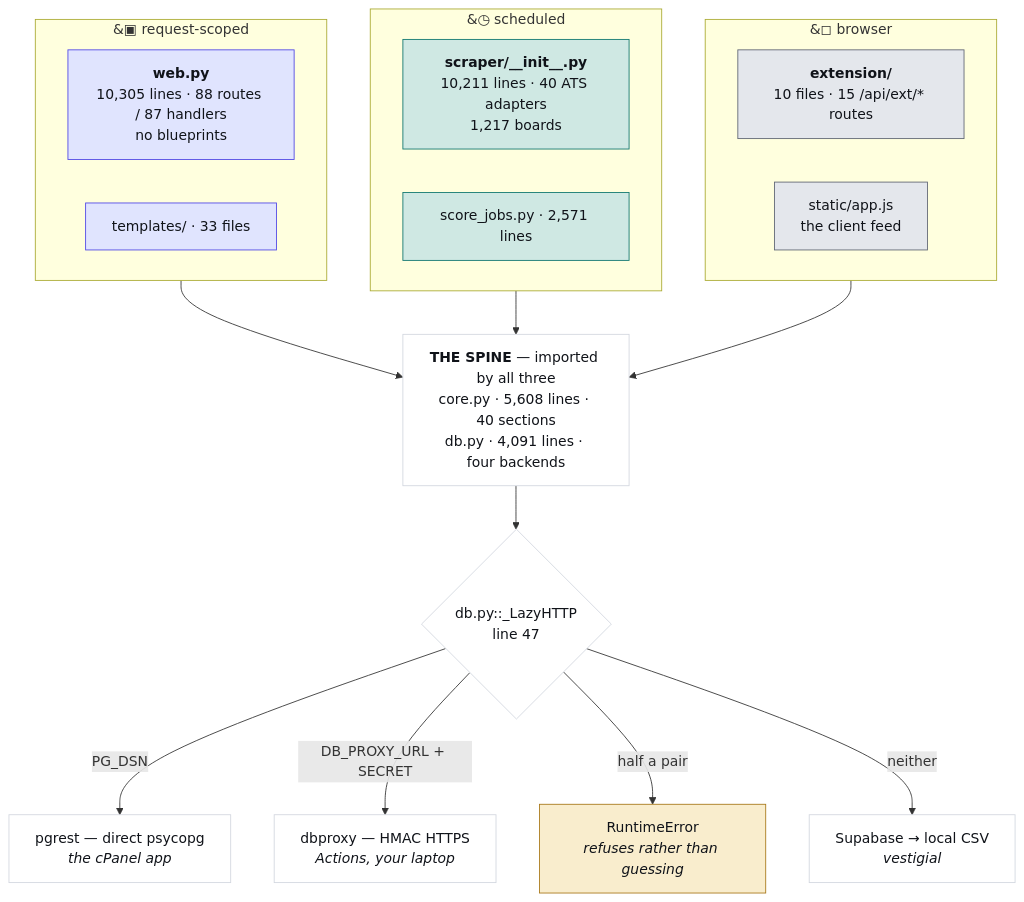
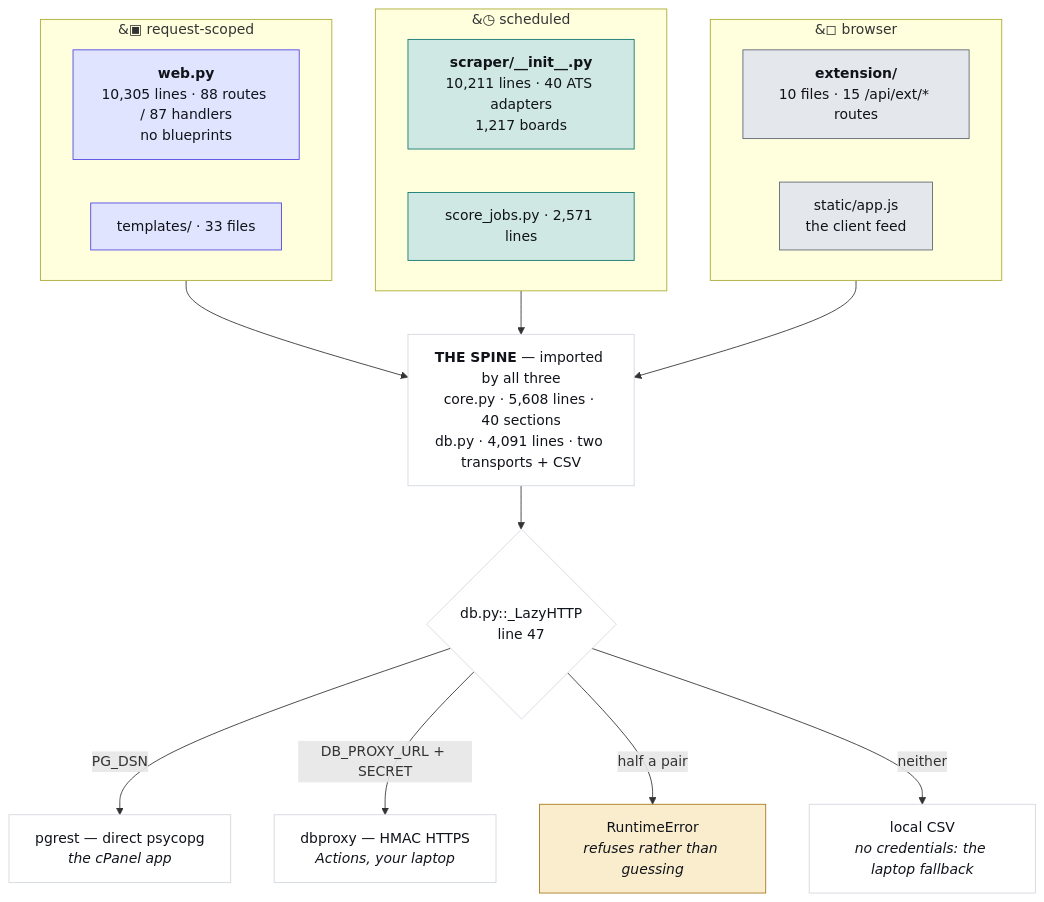
One commit to hadakunal909-debug/job-search-tool changed the first of 4 diagrams in JobMatch Scraper/docs/ARCHITECTURE.md. Above: the diagram before and after it, drawn with Mermaid. The commit also changed other lines of this file and 5 other files, not shown here.

````diff
--- a/JobMatch Scraper/docs/ARCHITECTURE.md
+++ b/JobMatch Scraper/docs/ARCHITECTURE.md
@@ -45,34 +48,34 @@
 ```mermaid
 flowchart TB
   subgraph REQ["&#9635; request-scoped"]
     W["<b>web.py</b><br/>10,305 lines · 88 routes / 87 handlers<br/>no blueprints"]
     T["templates/ · 33 files"]
   end
   subgraph SCH["&#9719; scheduled"]
     S["<b>scraper/__init__.py</b><br/>10,211 lines · 40 ATS adapters<br/>1,217 boards"]
     J["score_jobs.py · 2,571 lines"]
   end
   subgraph CLI["&#9723; browser"]
     E["<b>extension/</b><br/>10 files · 15 /api/ext/* routes"]
     A["static/app.js<br/>the client feed"]
   end
-  SPINE["<b>THE SPINE</b> — imported by all three<br/>core.py · 5,608 lines · 40 sections<br/>db.py · 4,091 lines · four backends"]
+  SPINE["<b>THE SPINE</b> — imported by all three<br/>core.py · 5,608 lines · 40 sections<br/>db.py · 4,091 lines · two transports + CSV"]
   REQ --> SPINE
   SCH --> SPINE
   CLI --> SPINE
   SPINE --> D{"db.py::_LazyHTTP<br/>line 47"}
   D -->|"PG_DSN"| P["pgrest — direct psycopg<br/><i>the cPanel app</i>"]
   D -->|"DB_PROXY_URL + SECRET"| X["dbproxy — HMAC HTTPS<br/><i>Actions, your laptop</i>"]
   D -->|"half a pair"| R["RuntimeError<br/><i>refuses rather than guessing</i>"]
-  D -->|"neither"| V["Supabase → local CSV<br/><i>vestigial</i>"]
+  D -->|"neither"| V["local CSV<br/><i>no credentials: the laptop fallback</i>"]
   classDef web fill:#e0e4fe,stroke:#4f46e5,color:#101319
   classDef sched fill:#cfe8e3,stroke:#0f766e,color:#101319
   classDef client fill:#e4e7ec,stroke:#5f6573,color:#101319
   classDef trap fill:#f9edcd,stroke:#a8781a,color:#101319
   classDef plain fill:#ffffff,stroke:#d3d7df,color:#101319
   class W,T web
   class S,J sched
   class E,A client
   class R trap
   class SPINE,D,P,X,V plain
 ```
````
